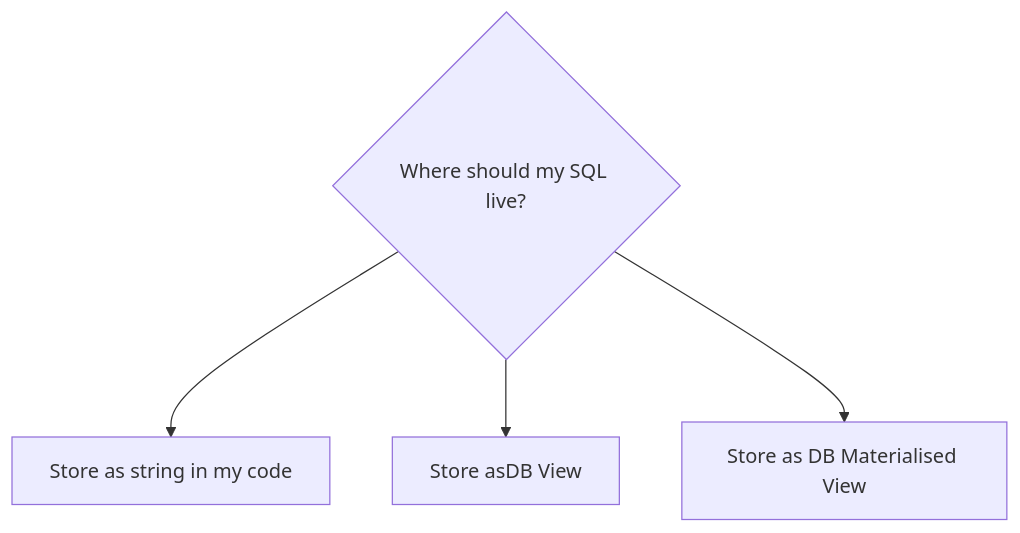
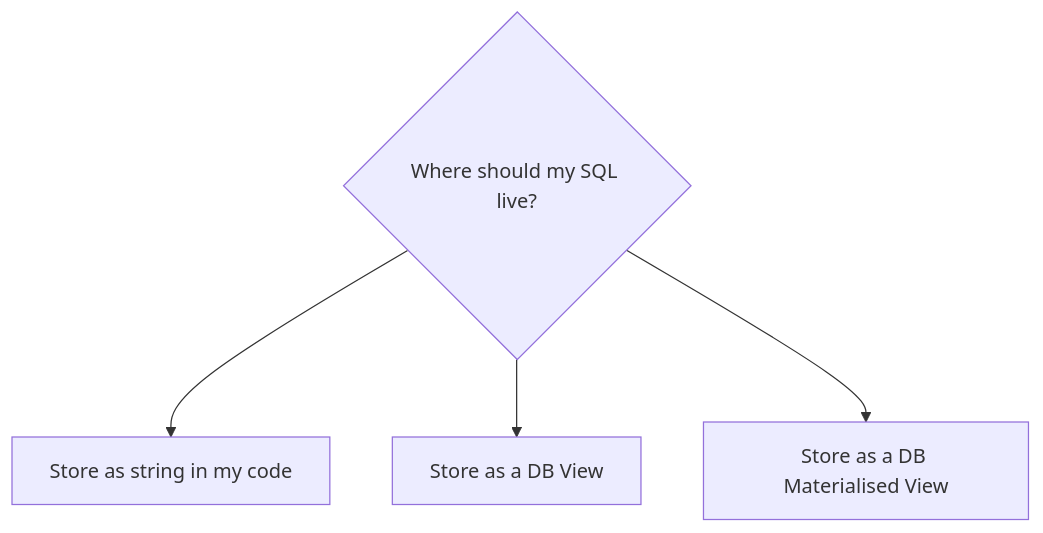
The second of 3 diagrams in rails/raw-sql/index.md (eoinkelly/notes), drawn with Mermaid before and after one commit. The commit also changed other lines of this file, not shown here.

````diff
--- a/rails/raw-sql/index.md
+++ b/rails/raw-sql/index.md
@@ -190,7 +201,7 @@
 ```mermaid
 graph TD
     I{Where should my SQL live?}
     I --> J[Store as string in my code]
-    I --> K[Store asDB View]
-    I --> L[Store as DB Materialised View]
+    I --> K[Store as a DB View]
+    I --> L[Store as a DB Materialised View]
 ```
````
